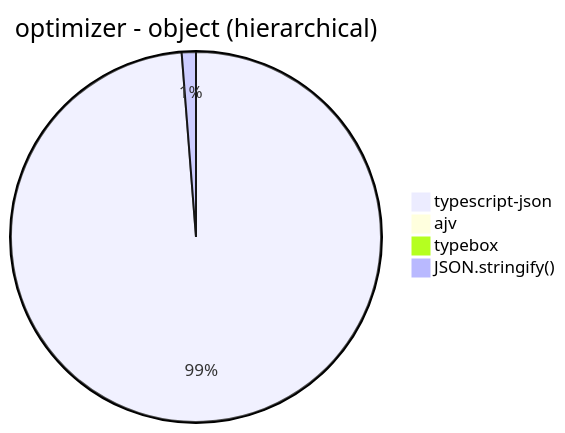
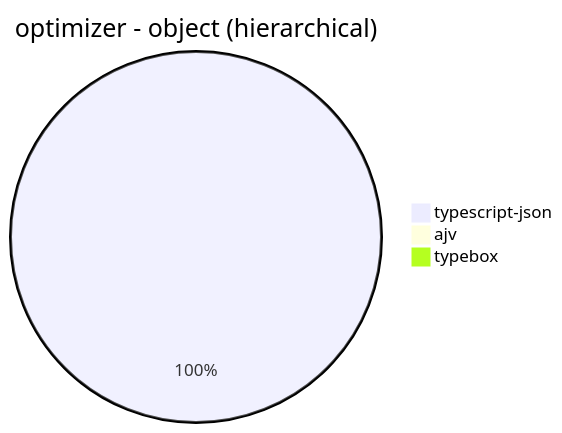
One commit to samchon/typia changed diagram 25 of 39 in benchmark/results/AMD Ryzen 7 5800H with Radeon Graphics.md. Above: the diagram before and after it, drawn with Mermaid. The commit also changed other lines of this file and 21 other files, not shown here.

````diff
--- a/benchmark/results/AMD Ryzen 7 5800H with Radeon Graphics.md
+++ b/benchmark/results/AMD Ryzen 7 5800H with Radeon Graphics.md
@@ -319,7 +319,6 @@
 ```mermaid
 pie title optimizer - object (hierarchical)
   "typescript-json": 95166.26326568608
   "ajv": 4.887762490948588
   "typebox": 220.14338171008916
-  "JSON.stringify()": 1191.7321361765805
 ```
````
